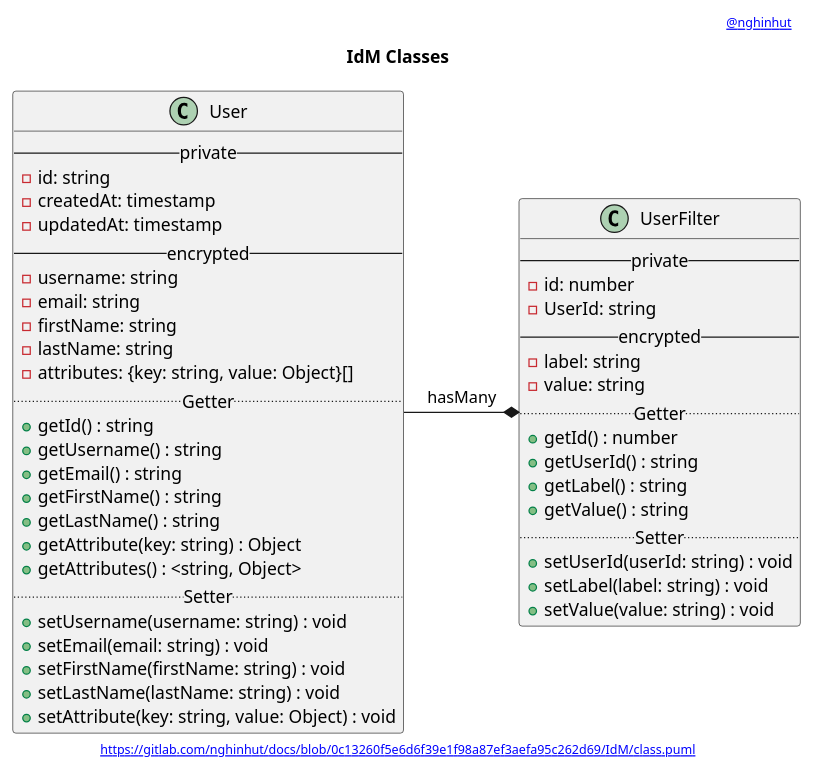
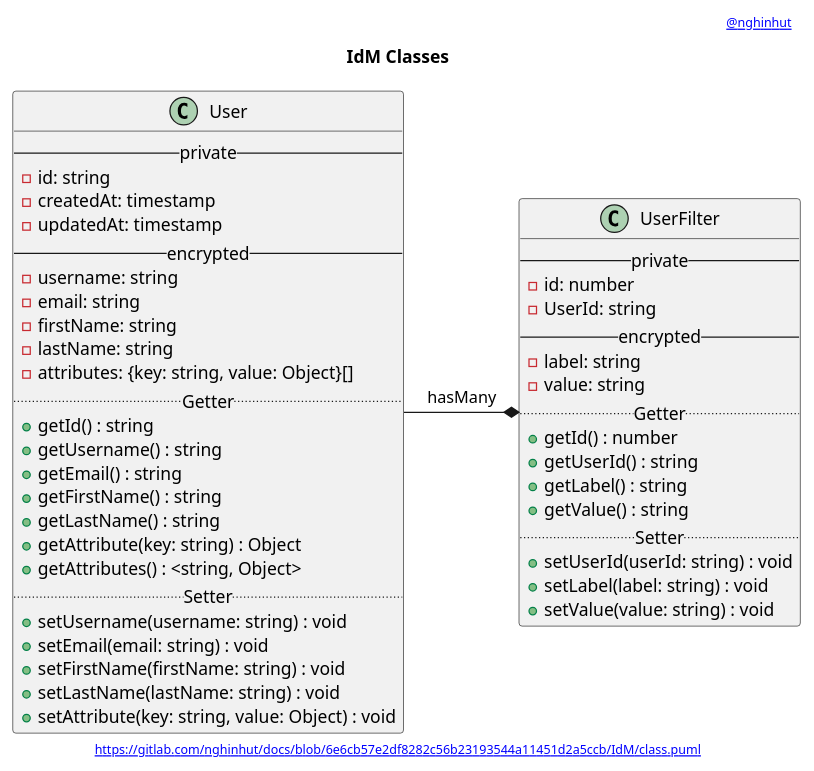
Before and after one commit to nghinhut/docs: the diagram in IdM/class.puml, drawn with PlantUML. The commit also changed 32 other files, not shown here.

```diff
--- a/IdM/class.puml
+++ b/IdM/class.puml
@@ -1,56 +1,56 @@
 @startuml
 '-----START auto generated metadata please keep comment here to allow auto update-----
 '-----DON'T EDIT THIS SECTION, INSTEAD RE-RUN prebuild.sh TO UPDATE-----
-header [[https://www.nghinhut.dev?from=http%5C%3A%5C%2F%5C%2Fwww%5C.plantuml%5C.com%5C%2Fplantuml%5C%2Fproxy%3Ffmt%3Dsvg%5C%26src%3Dhttps%5C%3A%5C%2F%5C%2Fgitlab%5C.com%5C%2Fnghinhut%5C%2Fdocs%5C%2Fraw%5C%2F0c13260f5e6d6f39e1f98a87ef3aefa95c262d69%5C%2FIdM%5C%2Fclass%5C.puml%0A @nghinhut]]
-footer [[http://www.plantuml.com/plantuml/proxy?fmt=svg&src=https://gitlab.com/nghinhut/docs/raw/0c13260f5e6d6f39e1f98a87ef3aefa95c262d69/IdM/class.puml https://gitlab.com/nghinhut/docs/blob/0c13260f5e6d6f39e1f98a87ef3aefa95c262d69/IdM/class.puml]]
+header [[https://www.nghinhut.dev?from=http%5C%3A%5C%2F%5C%2Fwww%5C.plantuml%5C.com%5C%2Fplantuml%5C%2Fproxy%3Ffmt%3Dsvg%5C%26src%3Dhttps%5C%3A%5C%2F%5C%2Fgitlab%5C.com%5C%2Fnghinhut%5C%2Fdocs%5C%2Fraw%5C%2F6e6cb57e2df8282c56b23193544a11451d2a5ccb%5C%2FIdM%5C%2Fclass%5C.puml%0A @nghinhut]]
+footer [[http://www.plantuml.com/plantuml/proxy?fmt=svg&src=https://gitlab.com/nghinhut/docs/raw/6e6cb57e2df8282c56b23193544a11451d2a5ccb/IdM/class.puml https://gitlab.com/nghinhut/docs/blob/6e6cb57e2df8282c56b23193544a11451d2a5ccb/IdM/class.puml]]
 '-----END auto generated metadata please keep comment here to allow auto update-----
 title IdM Classes
 
 class "User" as user {
     -- private --
     - id: string
     - createdAt: timestamp
     - updatedAt: timestamp
     -- encrypted --
     - username: string
     - email: string
     - firstName: string
     - lastName: string
     - attributes: {key: string, value: Object}[]
     .. Getter ..
     + getId() : string
     + getUsername() : string
     + getEmail() : string
     + getFirstName() : string
     + getLastName() : string
     + getAttribute(key: string) : Object
     + getAttributes() : <string, Object>
     .. Setter ..
     + setUsername(username: string) : void
     + setEmail(email: string) : void
     + setFirstName(firstName: string) : void
     + setLastName(lastName: string) : void
     + setAttribute(key: string, value: Object) : void
 }
 
 class "UserFilter" as user_filter {
     -- private --
     - id: number
     - UserId: string
     -- encrypted --
     - label: string
     - value: string
     .. Getter ..
     + getId() : number
     + getUserId() : string
     + getLabel() : string
     + getValue() : string
     .. Setter ..
     + setUserId(userId: string) : void
     + setLabel(label: string) : void
     + setValue(value: string) : void
 }
 
 user -* user_filter : hasMany
 
 @enduml
```
